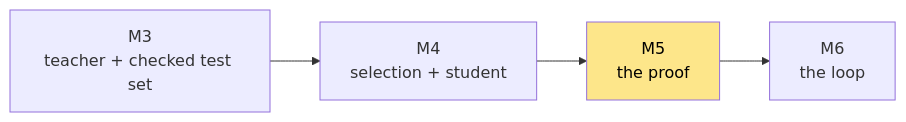
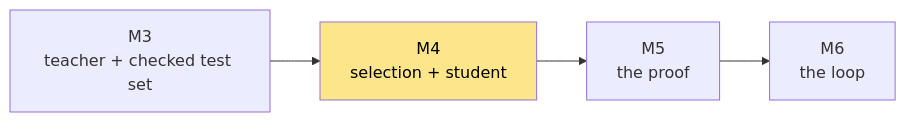
One commit to cupcakes04/Rin changed the diagram in dev/notes/milestones/README.md. Above: the diagram before and after it, drawn with Mermaid. The commit also changed other lines of this file and 8 other files, not shown here.

````diff
--- a/dev/notes/milestones/README.md
+++ b/dev/notes/milestones/README.md
@@ -9,5 +9,5 @@
 ```mermaid
 flowchart LR
     M3["M3<br/>teacher + checked test set"] --> M4["M4<br/>selection + student"] --> M5["M5<br/>the proof"] --> M6["M6<br/>the loop"]
-    style M5 fill:#fde68a,color:#000
+    style M4 fill:#fde68a,color:#000
 ```
````
